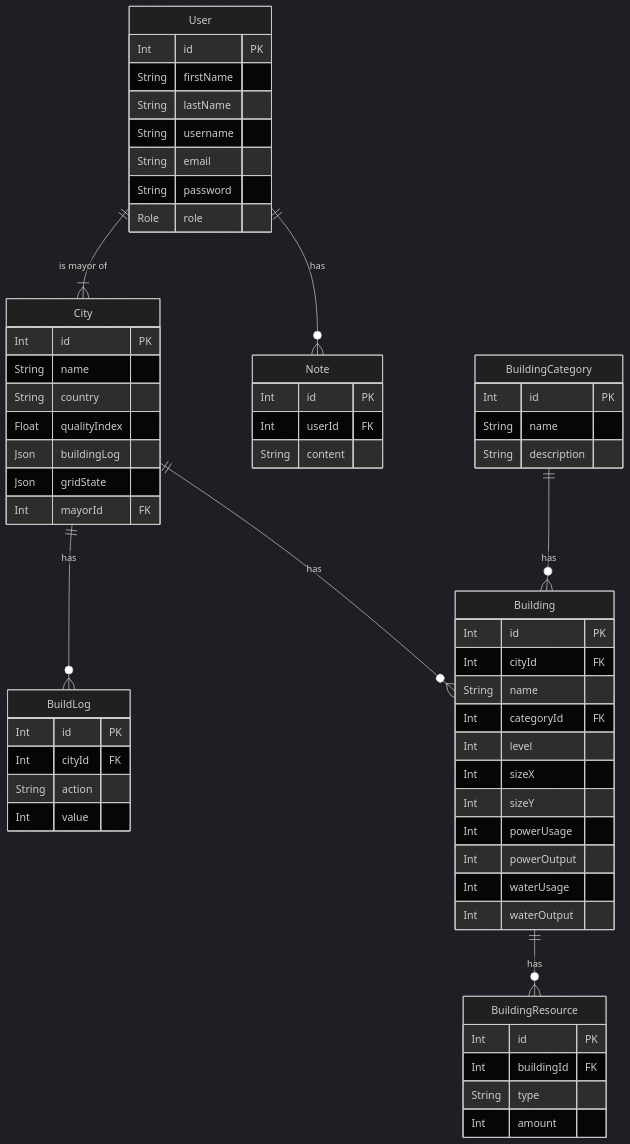
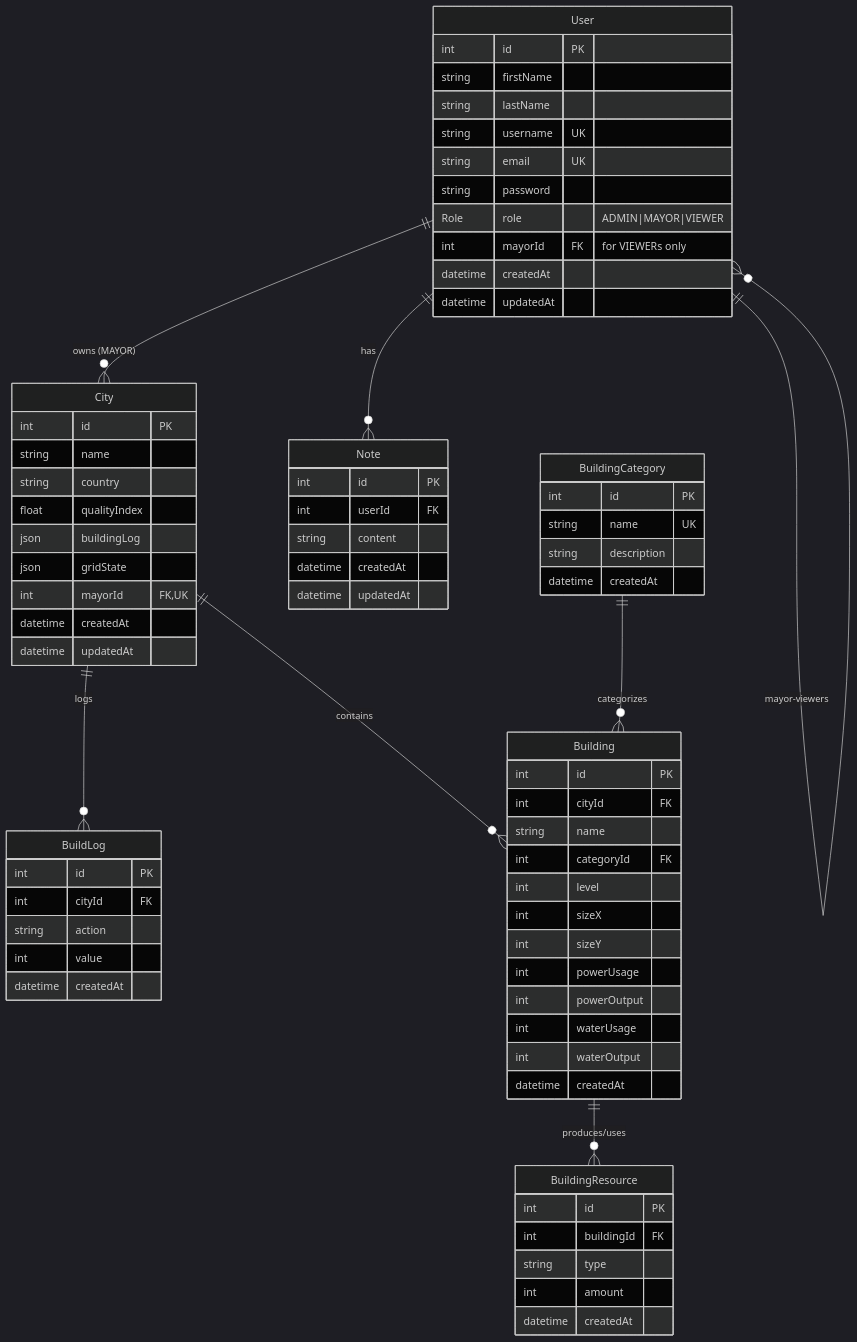
One commit to Jon-Dickinson/PlusPlusMinus-HPMS changed the diagram in README.md. Above: the diagram before and after it, drawn with Mermaid (dark theme).

````diff
--- a/README.md
+++ b/README.md
@@ -125,70 +125,81 @@
 ```mermaid
 erDiagram
+    User ||--o{ City : "owns (MAYOR)"
+    User ||--o{ User : "mayor-viewers"
+    User ||--o{ Note : "has"
+    City ||--o{ BuildLog : "logs"
+    City ||--o{ Building : "contains"
+    BuildingCategory ||--o{ Building : "categorizes"
+    Building ||--o{ BuildingResource : "produces/uses"
+
     User {
-        Int id PK
-        String firstName
-        String lastName
-        String username
-        String email
-        String password
-        Role role
+        int id PK
+        string firstName
+        string lastName
+        string username UK
+        string email UK
+        string password
+        Role role "ADMIN|MAYOR|VIEWER"
+        int mayorId FK "for VIEWERs only"
+        datetime createdAt
+        datetime updatedAt
     }
 
     City {
-        Int id PK
-        String name
-        String country
-        Float qualityIndex
-        Json buildingLog
-        Json gridState
-        Int mayorId FK
+        int id PK
+        string name
+        string country
+        float qualityIndex
+        json buildingLog
+        json gridState
+        int mayorId FK,UK
+        datetime createdAt
+        datetime updatedAt
     }
 
     BuildLog {
-        Int id PK
-        Int cityId FK
-        String action
-        Int value
+        int id PK
+        int cityId FK
+        string action
+        int value
+        datetime createdAt
     }
 
     Note {
-        Int id PK
-        Int userId FK
-        String content
+        int id PK
+        int userId FK
+        string content
+        datetime createdAt
+        datetime updatedAt
     }
 
     BuildingCategory {
-        Int id PK
-        String name
-        String description
+        int id PK
+        string name UK
+        string description
+        datetime createdAt
     }
 
     Building {
-        Int id PK
-        Int cityId FK
-        String name
-        Int categoryId FK
-        Int level
-        Int sizeX
-        Int sizeY
-        Int powerUsage
-        Int powerOutput
-        Int waterUsage
-        Int waterOutput
+        int id PK
+        int cityId FK
+        string name
+        int categoryId FK
+        int level
+        int sizeX
+        int sizeY
+        int powerUsage
+        int powerOutput
+        int waterUsage
+        int waterOutput
+        datetime createdAt
     }
 
     BuildingResource {
-        Int id PK
-        Int buildingId FK
-        String type
-        Int amount
+        int id PK
+        int buildingId FK
+        string type
+        int amount
+        datetime createdAt
     }
-
-    User ||--o{ Note : "has"
-    User ||--|{ City : "is mayor of"
-    City ||--o{ BuildLog : "has"
-    City ||--o{ Building : "has"
-    BuildingCategory ||--o{ Building : "has"
-    Building ||--o{ BuildingResource : "has"
-
 ```
````
